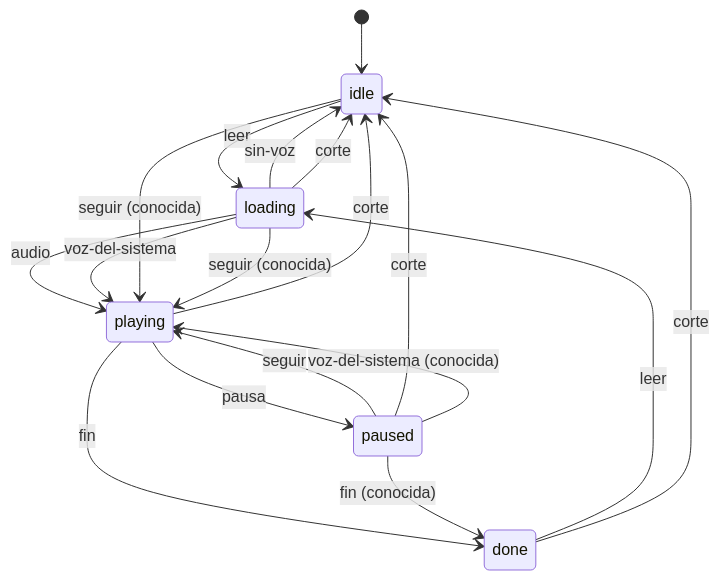
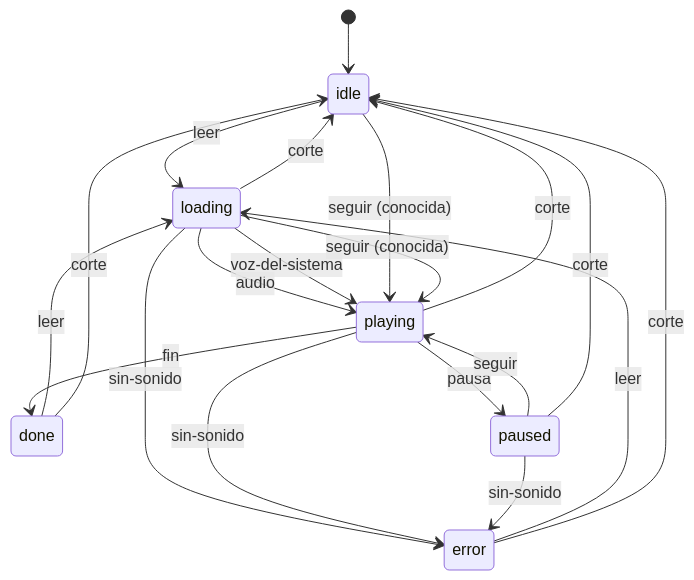
The fourth of 7 diagrams in docs/maquinas-de-estado.md (ulisesorchani-oss/App-Chino---Espa-ol-), drawn with Mermaid before and after one commit. The commit also changed other lines of this file and 11 other files, not shown here.

````diff
--- a/docs/maquinas-de-estado.md
+++ b/docs/maquinas-de-estado.md
@@ -104,20 +104,22 @@
 ```mermaid
 stateDiagram-v2
     [*] --> idle
     idle --> loading : leer
     done --> loading : leer
+    error --> loading : leer
     loading --> playing : audio
     loading --> playing : voz-del-sistema
-    loading --> idle : sin-voz
+    loading --> error : sin-sonido
+    playing --> error : sin-sonido
+    paused --> error : sin-sonido
     playing --> paused : pausa
     paused --> playing : seguir
     playing --> done : fin
     loading --> idle : corte
     playing --> idle : corte
     paused --> idle : corte
     done --> idle : corte
+    error --> idle : corte
     idle --> playing : seguir (conocida)
     loading --> playing : seguir (conocida)
-    paused --> playing : voz-del-sistema (conocida)
-    paused --> done : fin (conocida)
 ```
````
